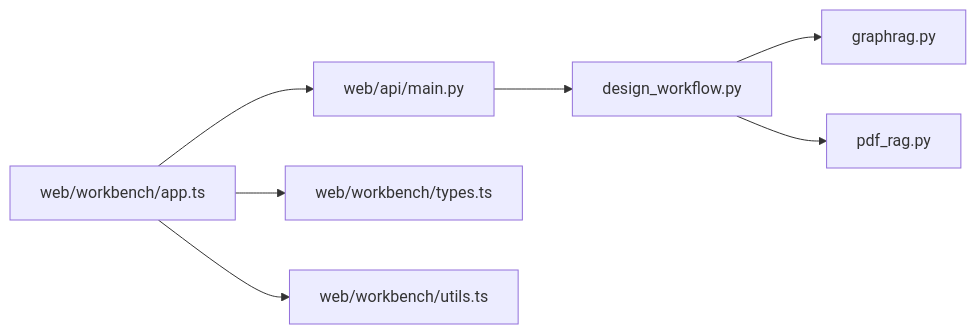
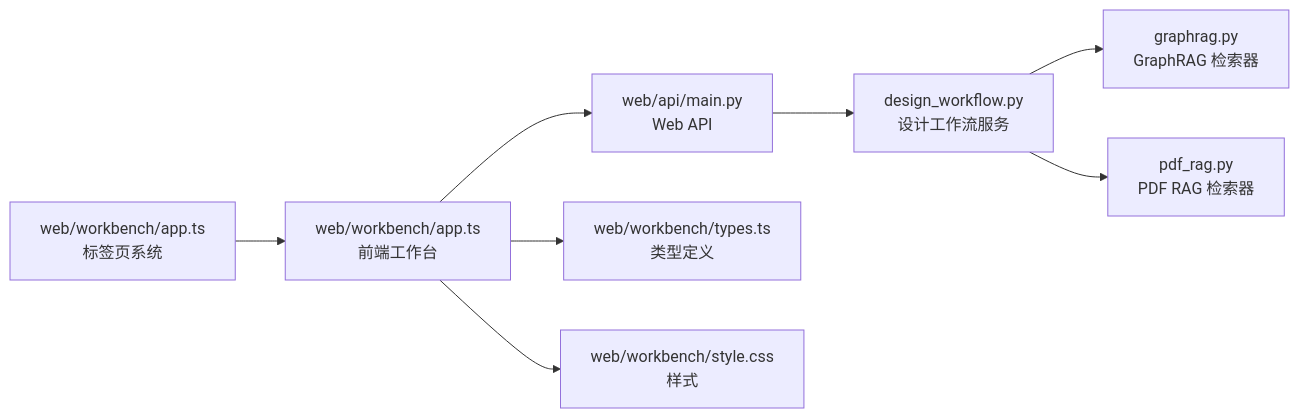
The eighth of 8 diagrams in .qoder/repowiki/zh/content/Web界面系统/工作台界面/知识检索面板.md (wsqstar/RoadGen3D), drawn with Mermaid before and after one commit. The commit also changed other lines of this file and 8 other files, not shown here.

````diff
--- a/.qoder/repowiki/zh/content/Web界面系统/工作台界面/知识检索面板.md
+++ b/.qoder/repowiki/zh/content/Web界面系统/工作台界面/知识检索面板.md
@@ -286,9 +391,10 @@
 ```mermaid
 graph LR
-API["web/api/main.py"] --> WF["design_workflow.py"]
-WF --> GR["graphrag.py"]
-WF --> PR["pdf_rag.py"]
-FE["web/workbench/app.ts"] --> API
-FE --> TYPES["web/workbench/types.ts"]
-FE --> UTILS["web/workbench/utils.ts"]
+TAB_APP["web/workbench/app.ts<br/>标签页系统"] --> FE["web/workbench/app.ts<br/>前端工作台"]
+FE --> API["web/api/main.py<br/>Web API"]
+API --> WF["design_workflow.py<br/>设计工作流服务"]
+WF --> GR["graphrag.py<br/>GraphRAG 检索器"]
+WF --> PR["pdf_rag.py<br/>PDF RAG 检索器"]
+FE --> TYPES["web/workbench/types.ts<br/>类型定义"]
+FE --> STYLE["web/workbench/style.css<br/>样式"]
 ```
````
